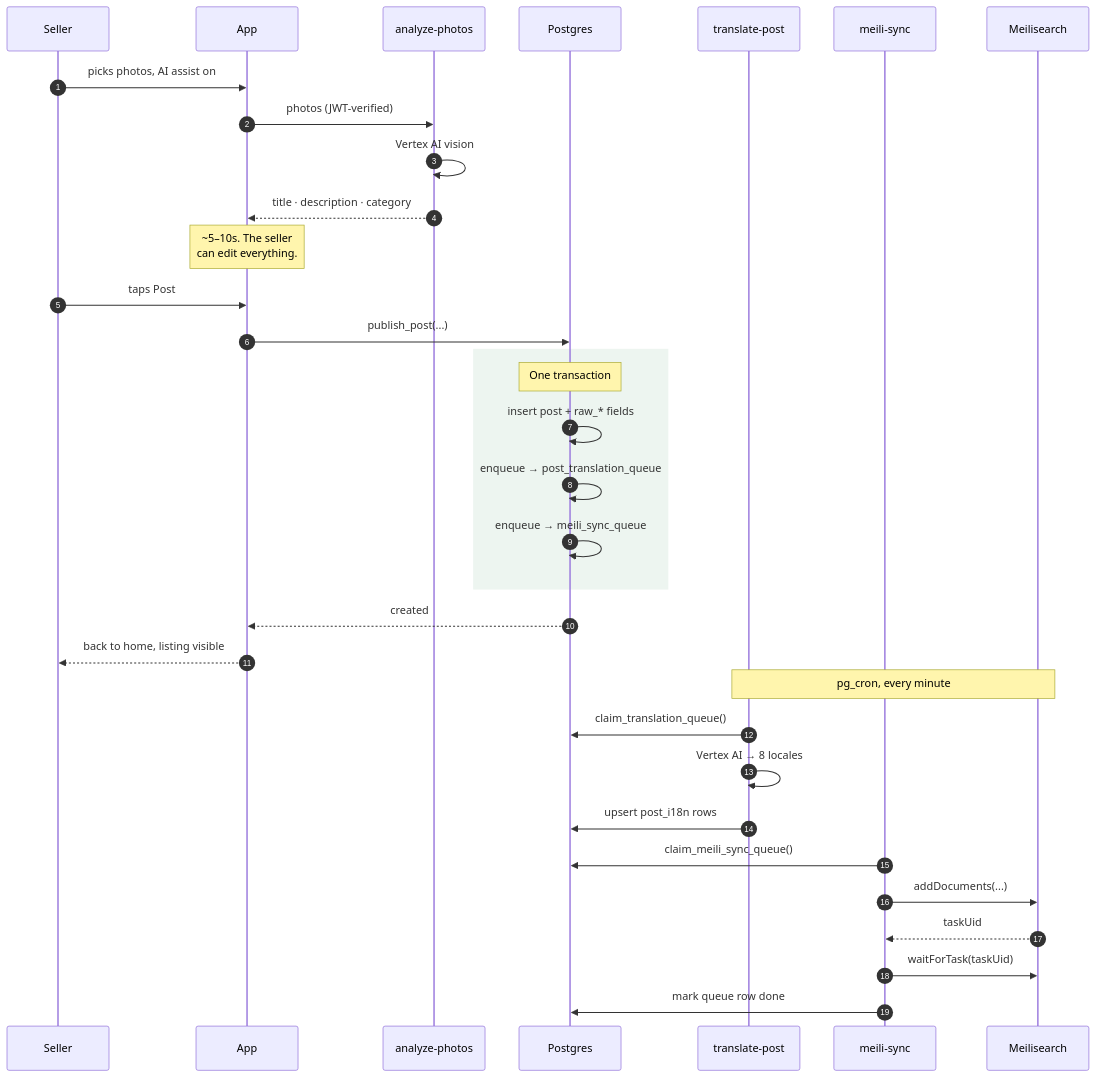
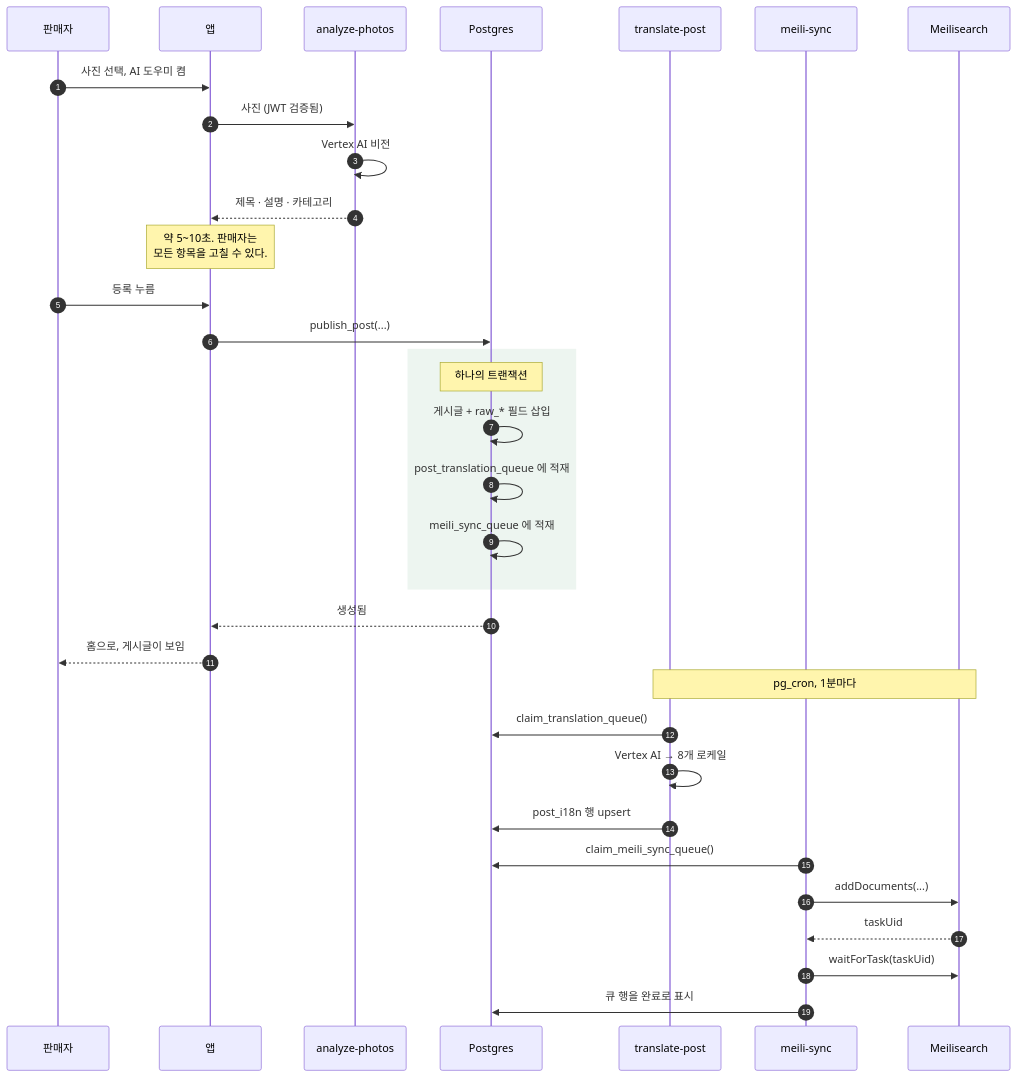
Before and after one commit to PopOut-Market/popout-docs: the third of 6 diagrams in docs/engineering/architecture.md, drawn with Mermaid. The commit also changed other lines of this file and 45 other files, not shown here.

````diff
--- a/docs/engineering/architecture.md
+++ b/docs/engineering/architecture.md
@@ -134,42 +133,42 @@
 ```mermaid
 sequenceDiagram
     autonumber
-    participant U as Seller
-    participant A as App
+    participant U as 판매자
+    participant A as 앱
     participant AP as analyze-photos
     participant PG as Postgres
     participant TP as translate-post
     participant MS as meili-sync
     participant MI as Meilisearch
 
-    U->>A: picks photos, AI assist on
-    A->>AP: photos (JWT-verified)
-    AP->>AP: Vertex AI vision
-    AP-->>A: title · description · category
-    Note over A: ~5–10s. The seller<br/>can edit everything.
+    U->>A: 사진 선택, AI 도우미 켬
+    A->>AP: 사진 (JWT 검증됨)
+    AP->>AP: Vertex AI 비전
+    AP-->>A: 제목 · 설명 · 카테고리
+    Note over A: 약 5~10초. 판매자는<br/>모든 항목을 고칠 수 있다.
 
-    U->>A: taps Post
+    U->>A: 등록 누름
     A->>PG: publish_post(...)
 
     rect rgba(30,122,69,0.08)
-        Note over PG: One transaction
-        PG->>PG: insert post + raw_* fields
-        PG->>PG: enqueue → post_translation_queue
-        PG->>PG: enqueue → meili_sync_queue
+        Note over PG: 하나의 트랜잭션
+        PG->>PG: 게시글 + raw_* 필드 삽입
+        PG->>PG: post_translation_queue 에 적재
+        PG->>PG: meili_sync_queue 에 적재
     end
 
-    PG-->>A: created
-    A-->>U: back to home, listing visible
+    PG-->>A: 생성됨
+    A-->>U: 홈으로, 게시글이 보임
 
-    Note over TP,MI: pg_cron, every minute
+    Note over TP,MI: pg_cron, 1분마다
 
     TP->>PG: claim_translation_queue()
-    TP->>TP: Vertex AI → 8 locales
-    TP->>PG: upsert post_i18n rows
+    TP->>TP: Vertex AI → 8개 로케일
+    TP->>PG: post_i18n 행 upsert
 
     MS->>PG: claim_meili_sync_queue()
     MS->>MI: addDocuments(...)
     MI-->>MS: taskUid
     MS->>MI: waitForTask(taskUid)
-    MS->>PG: mark queue row done
+    MS->>PG: 큐 행을 완료로 표시
 ```
````
